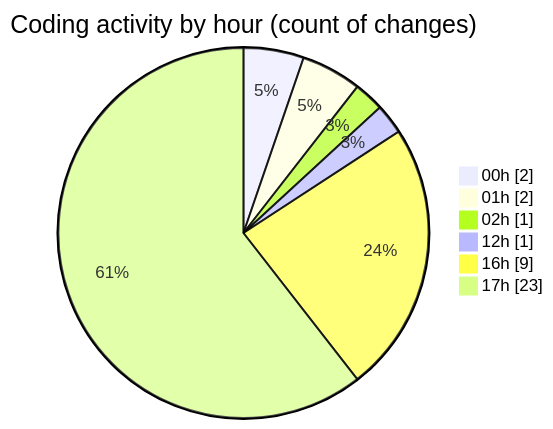
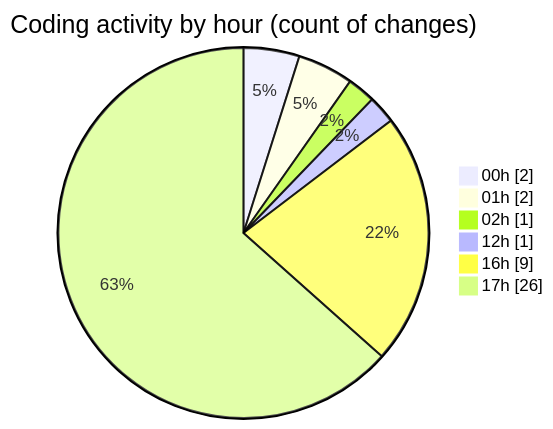
Before and after one commit to shibass792/code-tracking: the second of 2 diagrams in 2026-07-09/twenty_versions_aminor/README.md, drawn with Mermaid. The commit also changed other lines of this file and 1 other file, not shown here.

````diff
--- a/2026-07-09/twenty_versions_aminor/README.md
+++ b/2026-07-09/twenty_versions_aminor/README.md
@@ -41,10 +41,10 @@
 ```mermaid
 pie showData
 title Coding activity by hour (count of changes)
 "00h" : 2
 "01h" : 2
 "02h" : 1
 "12h" : 1
 "16h" : 9
-"17h" : 23
+"17h" : 26
 ```
````
